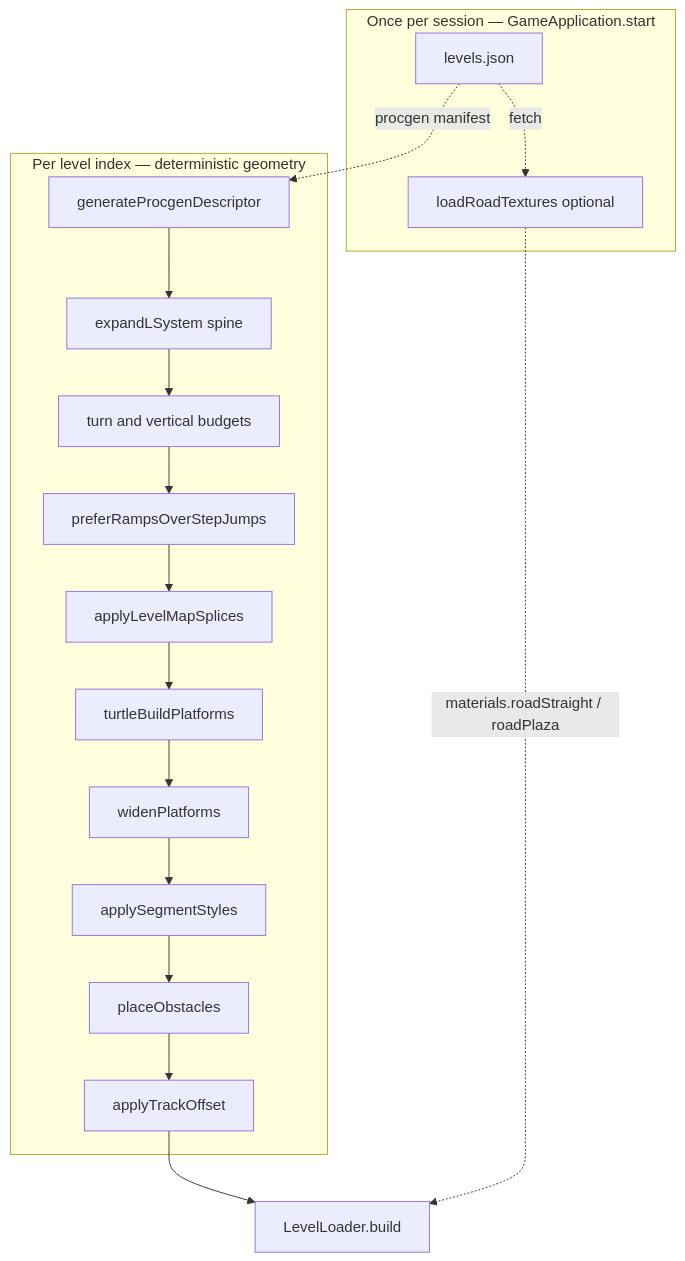
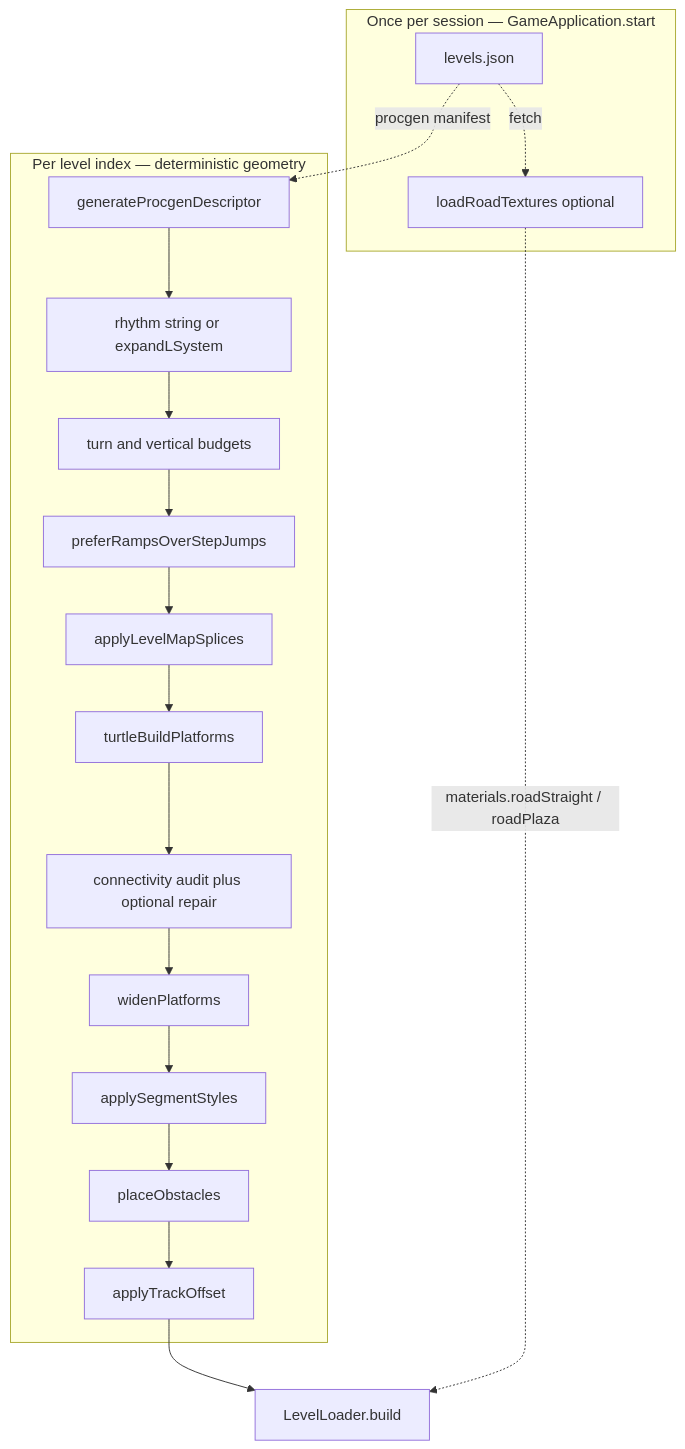
One commit to carnationcrab/marble_roll changed the first of 2 diagrams in gen/docs/PROCEDURAL_L_SYSTEM_LEVELS.md. Above: the diagram before and after it, drawn with Mermaid. The commit also changed other lines of this file and 20 other files, not shown here.

````diff
--- a/gen/docs/PROCEDURAL_L_SYSTEM_LEVELS.md
+++ b/gen/docs/PROCEDURAL_L_SYSTEM_LEVELS.md
@@ -21,33 +23,35 @@
 ```mermaid
 flowchart TB
   subgraph boot [Once per session — GameApplication.start]
     manifest[levels.json]
     roadTex[loadRoadTextures optional]
     manifest -.->|fetch| roadTex
   end
   subgraph procgen [Per level index — deterministic geometry]
     gen[generateProcgenDescriptor]
-    expand[expandLSystem spine]
+    expand[rhythm string or expandLSystem]
     budgets[turn and vertical budgets]
     ramps[preferRampsOverStepJumps]
     splices[applyLevelMapSplices]
     turtle[turtleBuildPlatforms]
+    audit[connectivity audit plus optional repair]
     widen[widenPlatforms]
     styles[applySegmentStyles]
     obstacles[placeObstacles]
     offset[applyTrackOffset]
     gen --> expand
     expand --> budgets
     budgets --> ramps
     ramps --> splices
     splices --> turtle
-    turtle --> widen
+    turtle --> audit
+    audit --> widen
     widen --> styles
     styles --> obstacles
     obstacles --> offset
   end
   loader[LevelLoader.build]
   manifest -.->|procgen manifest| gen
   offset --> loader
   roadTex -.->|materials.roadStraight / roadPlaza| loader
 ```
````
